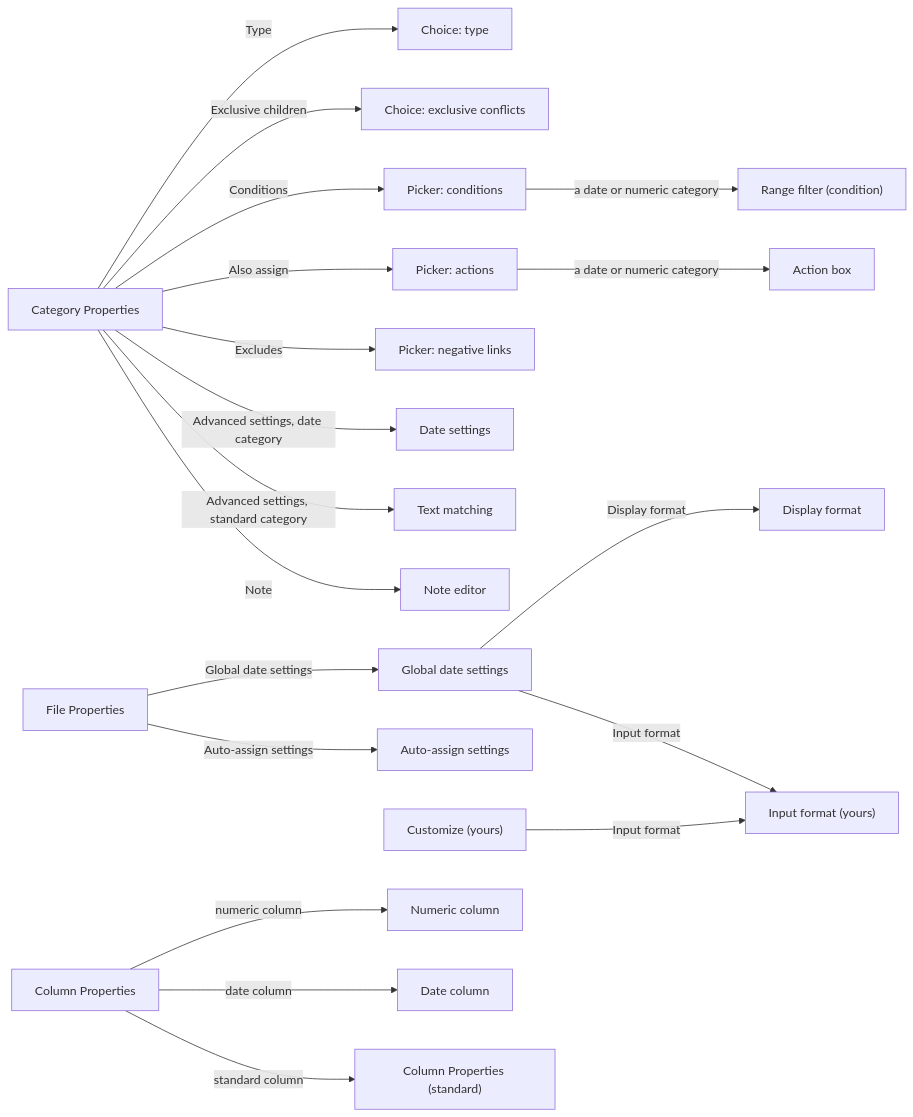
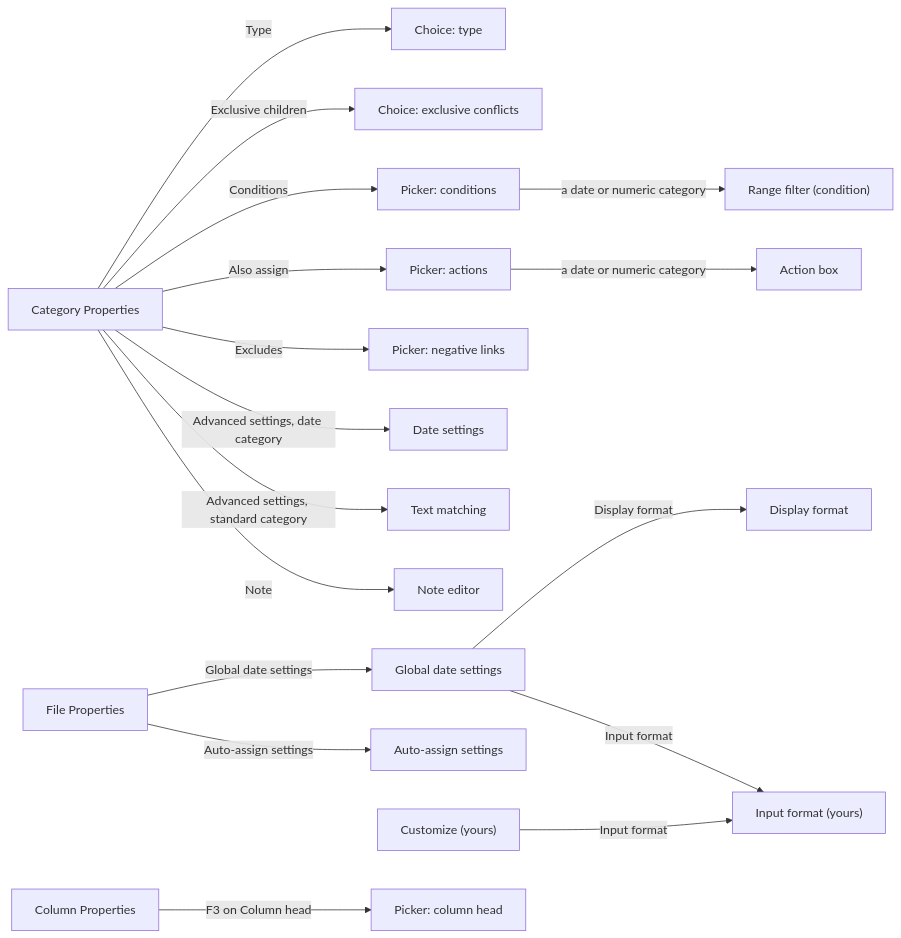
Before and after one commit to jamting/agendum: the second of 2 diagrams in docs/SCREENS.md, drawn with Mermaid. The commit also changed other lines of this file and 21 other files, not shown here.

First line of the commit message:
One Column Properties box for every column (R55)

````diff
--- a/docs/SCREENS.md
+++ b/docs/SCREENS.md
@@ -59,24 +59,22 @@
 ```mermaid
 flowchart LR
     CatProps["Category Properties"]
     CatProps -- "Type" --> TypeChoice["Choice: type"]
     CatProps -- "Exclusive children" --> ExclChoice["Choice: exclusive conflicts"]
     CatProps -- "Conditions" --> CondPicker["Picker: conditions"]
     CondPicker -- "a date or numeric category" --> RangeCond["Range filter (condition)"]
     CatProps -- "Also assign" --> AssignPicker["Picker: actions"]
     AssignPicker -- "a date or numeric category" --> Action["Action box"]
     CatProps -- "Excludes" --> ExclPicker["Picker: negative links"]
     CatProps -- "Advanced settings, date category" --> DateRule["Date settings"]
     CatProps -- "Advanced settings, standard category" --> CatMatch["Text matching"]
     CatProps -- "Note" --> Note["Note editor"]
     FileProps["File Properties"]
     FileProps -- "Global date settings" --> DateSettings["Global date settings"]
     DateSettings -- "Display format" --> DisplayFormat["Display format"]
     DateSettings -- "Input format" --> InputFormat["Input format (yours)"]
     FileProps -- "Auto-assign settings" --> AutoAssign["Auto-assign settings"]
     Customize["Customize (yours)"] -- "Input format" --> InputFormat
     ColProps["Column Properties"]
-    ColProps -- "numeric column" --> NumCol["Numeric column"]
-    ColProps -- "date column" --> DateCol["Date column"]
-    ColProps -- "standard column" --> StdCol["Column Properties (standard)"]
+    ColProps -- "F3 on Column head" --> ColHead["Picker: column head"]
 ```
````
